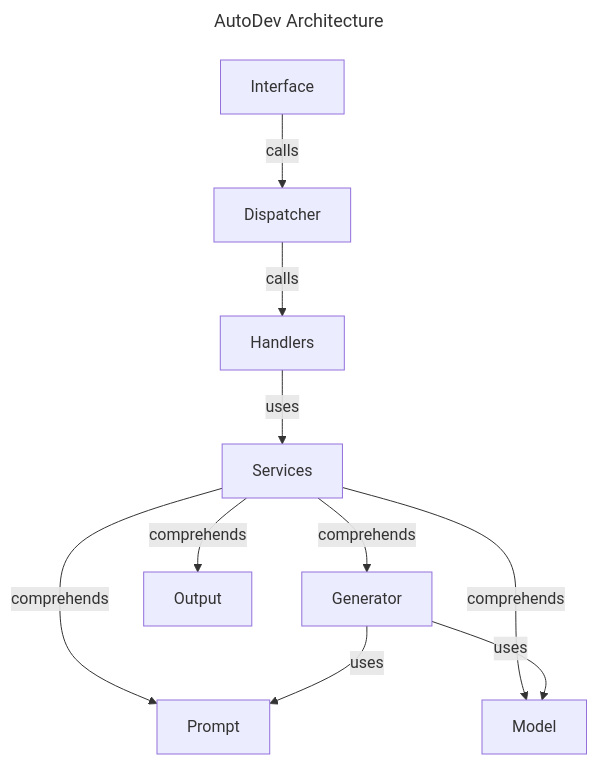
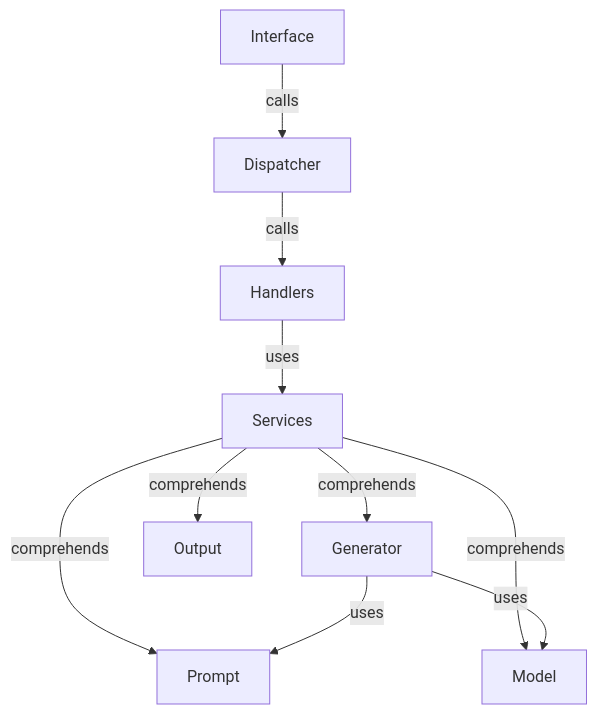
The diagram in doc/assets/src/architecture.mmd (Oldranda1414/Privacy-P2P-Federated-Learning), drawn with Mermaid before and after one commit. The commit also changed 8 other files, not shown here.

```diff
--- a/doc/assets/src/architecture.mmd
+++ b/doc/assets/src/architecture.mmd
@@ -1,13 +1,10 @@
----
-title: AutoDev Architecture
----
 flowchart TD
     Interface-->|calls|Dispatcher
     Dispatcher-->|calls|Handlers
     Handlers-->|uses|Services
     Services-->|comprehends|Generator
     Services-->|comprehends|Output
     Services-->|comprehends|Prompt
     Services-->|comprehends|Model
     Generator-->|uses|Prompt
     Generator-->|uses|Model
```
